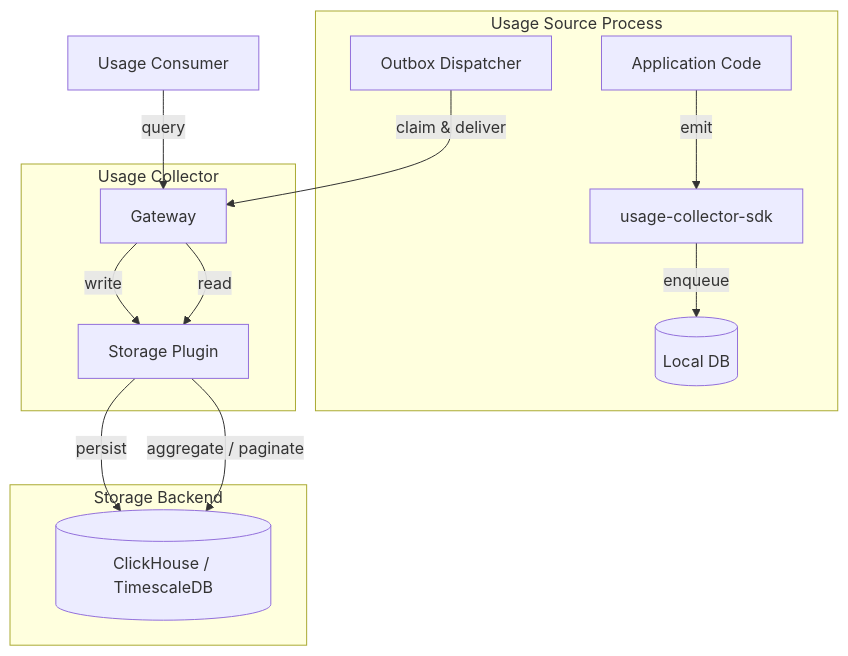
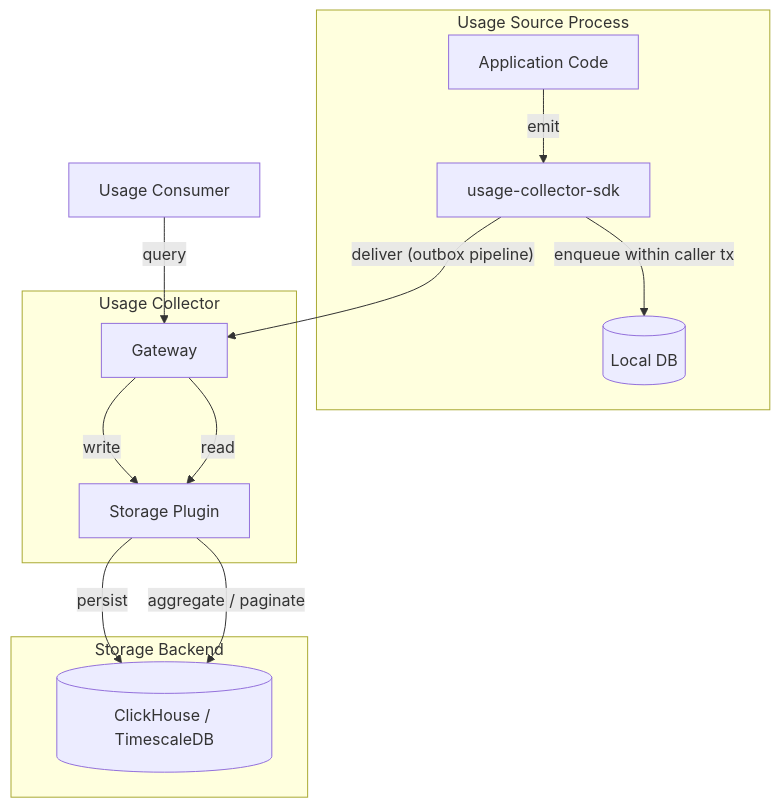
The first of 7 diagrams in modules/system/usage-collector/docs/DESIGN.md (capybutler/cyberfabric-core), drawn with Mermaid before and after one commit. The commit also changed other lines of this file, not shown here.

Commit message:
docs(usage_collector): update for new outbox design

````diff
--- a/modules/system/usage-collector/docs/DESIGN.md
+++ b/modules/system/usage-collector/docs/DESIGN.md
@@ -230,29 +228,28 @@
 ```mermaid
 graph TD
     subgraph Source["Usage Source Process"]
         App[Application Code]
         SDK[usage-collector-sdk]
         LDB[(Local DB)]
-        Disp[Outbox Dispatcher]
     end
 
     subgraph Collector["Usage Collector"]
         GW[Gateway]
         Plugin[Storage Plugin]
     end
 
     subgraph Storage["Storage Backend"]
         DB[(ClickHouse / TimescaleDB)]
     end
 
     Consumer[Usage Consumer]
 
     App -->|emit| SDK
-    SDK -->|enqueue| LDB
-    Disp -->|claim & deliver| GW
+    SDK -->|enqueue within caller tx| LDB
+    SDK -->|"deliver (outbox pipeline)"| GW
     GW -->|write| Plugin
     Plugin -->|persist| DB
     Consumer -->|query| GW
     GW -->|read| Plugin
     Plugin -->|aggregate / paginate| DB
 ```
````
